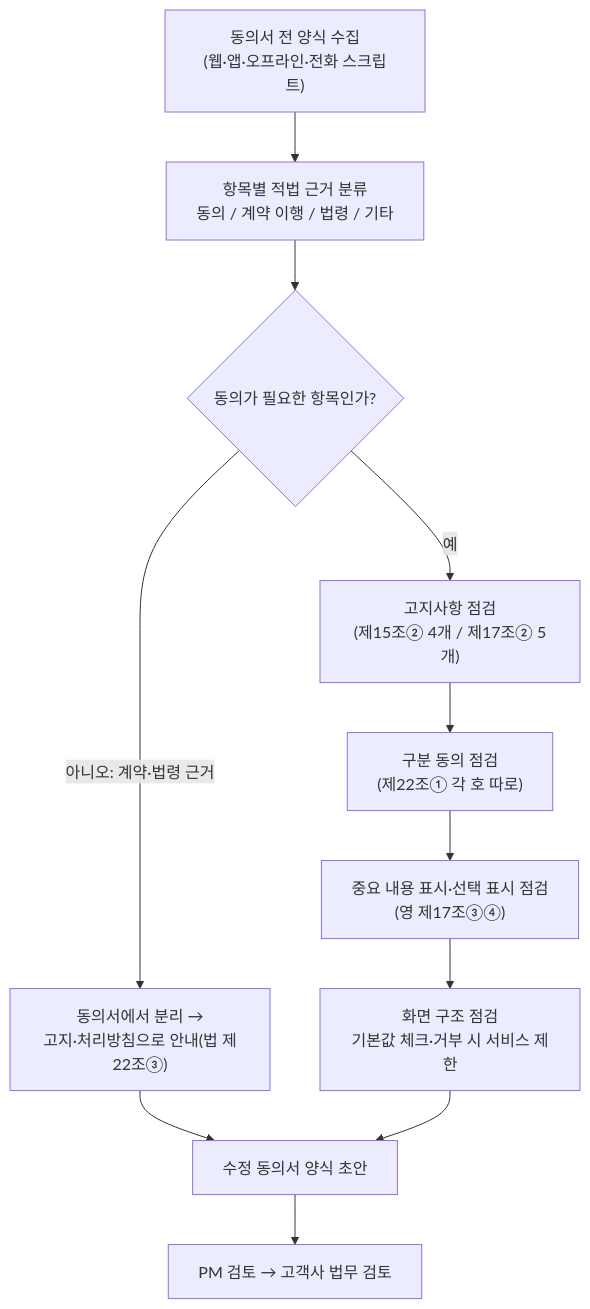
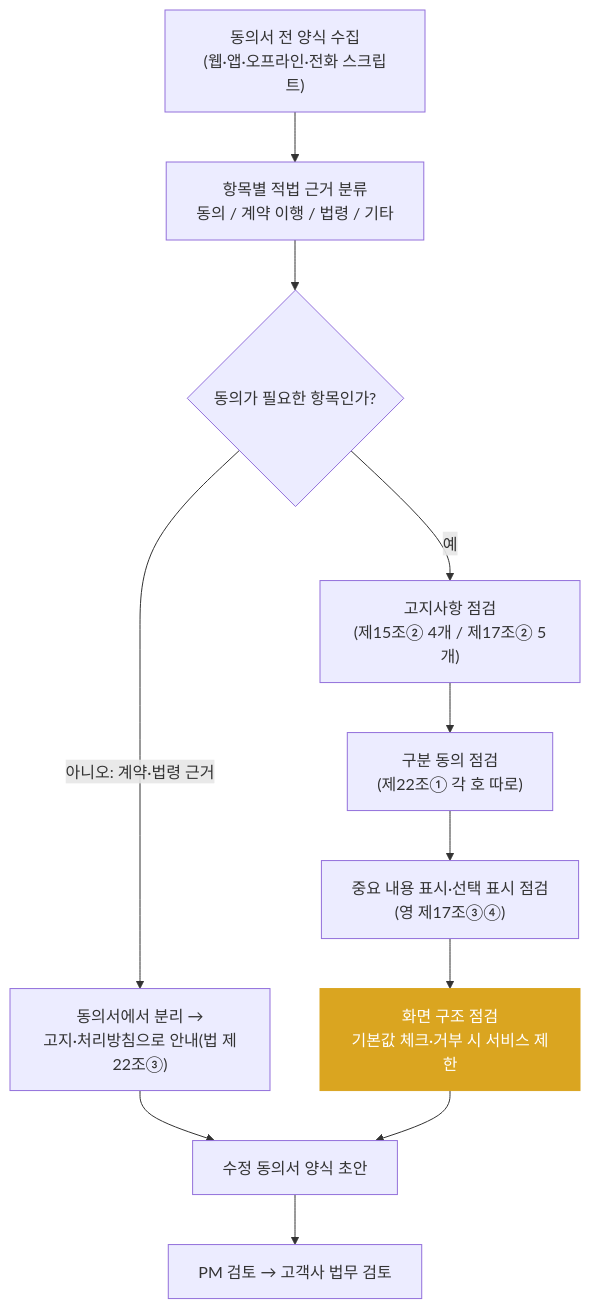
The second of 3 diagrams in 1_학습_챕터/1주차_컨설팅_기본기/04_동의서_양식_진단.md (sinbearr/Advanced_PrivacyStudy), drawn with Mermaid before and after one commit. The commit also changed other lines of this file and 3 other files, not shown here.

````diff
--- a/1_학습_챕터/1주차_컨설팅_기본기/04_동의서_양식_진단.md
+++ b/1_학습_챕터/1주차_컨설팅_기본기/04_동의서_양식_진단.md
@@ -56,13 +111,15 @@
 ```mermaid
 flowchart TD
     A["동의서 전 양식 수집<br/>(웹·앱·오프라인·전화 스크립트)"] --> B["항목별 적법 근거 분류<br/>동의 / 계약 이행 / 법령 / 기타"]
     B --> C{"동의가 필요한 항목인가?"}
     C -->|"아니오: 계약·법령 근거"| D["동의서에서 분리 →<br/>고지·처리방침으로 안내(법 제22조③)"]
     C -->|"예"| E["고지사항 점검<br/>(제15조② 4개 / 제17조② 5개)"]
     E --> F["구분 동의 점검<br/>(제22조① 각 호 따로)"]
     F --> G["중요 내용 표시·선택 표시 점검<br/>(영 제17조③④)"]
     G --> H["화면 구조 점검<br/>기본값 체크·거부 시 서비스 제한"]
     D --> I["수정 동의서 양식 초안"]
     H --> I
     I --> J["PM 검토 → 고객사 법무 검토"]
+    classDef warn fill:#daa520,stroke:#daa520,color:#fff
+    class H warn
 ```
````
